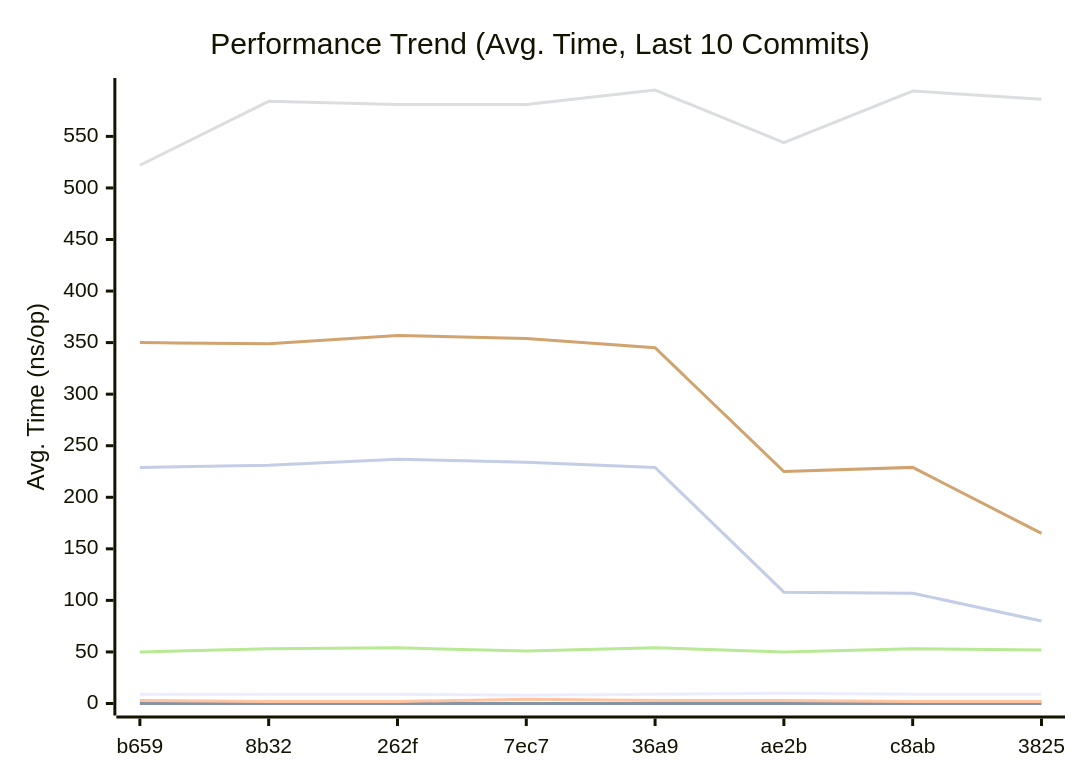
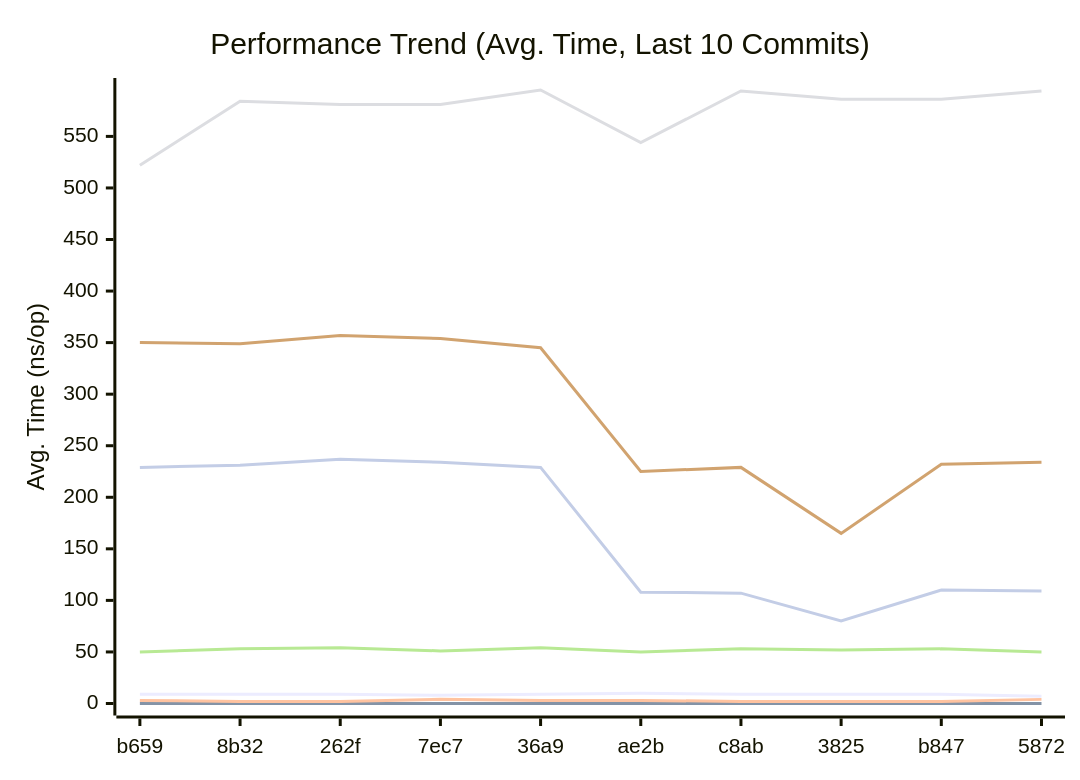
One commit to alsotoes/momo changed the first of 3 diagrams in docs/README.md. Above: the diagram before and after it, drawn with Mermaid. The commit also changed other lines of this file and 1 other file, not shown here.

````diff
--- a/docs/README.md
+++ b/docs/README.md
@@ -296,14 +303,14 @@
 ```mermaid
 xychart-beta
     title "Performance Trend (Avg. Time, Last 10 Commits)"
     x-axis "Commit"
     y-axis "Avg. Time (ns/op)"
-    x-axis [b659,8b32,262f,7ec7,36a9,ae2b,c8ab,3825]
+    x-axis [b659,8b32,262f,7ec7,36a9,ae2b,c8ab,3825,b847,5872]
     line "CheckMetricsAndSwap" [9,9,9,8,9,10,9,9,9,7]
     line "IndexDirectTracking" [0,0,0,0,0,0,0,0,0,0]
     line "IndexSearch" [3,2,2,4,3,3,2,2,2,4]
     line "LoadGlobalConfig" [522,584,581,581,595,544,594,586,586,594]
     line "PadString" [50,53,54,51,54,50,53,52,53,50]
     line "ParseReplicationOrder_NoPrealloc" [350,349,357,354,345,225,229,165,232,234]
     line "ParseReplicationOrder_Prealloc" [229,231,237,234,229,108,107,80,110,109]
 ```
````
